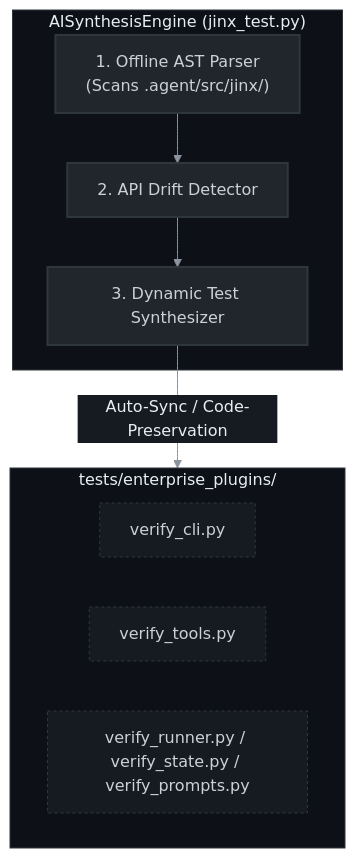
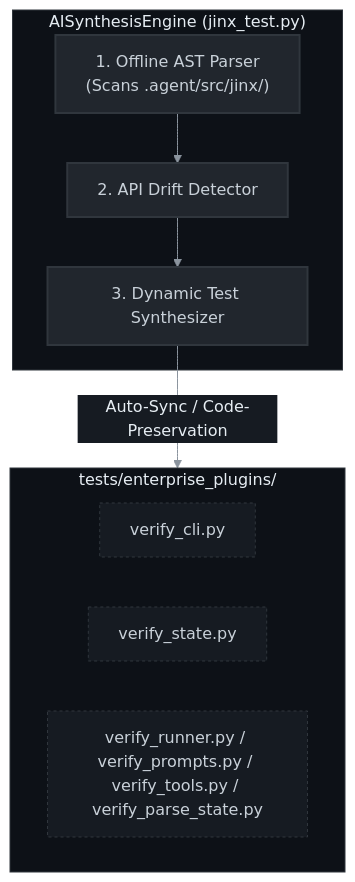
The fifth of 5 diagrams in README.md (apxgpt/agent), drawn with Mermaid before and after one commit. The commit also changed other lines of this file and 24 other files, not shown here.

````diff
--- a/README.md
+++ b/README.md
@@ -483,23 +793,23 @@
 ```mermaid
 %%{init: {'theme': 'base', 'themeVariables': {"darkMode": true, "background": "#0d1117", "primaryColor": "#21262d", "primaryTextColor": "#e6edf3", "primaryBorderColor": "#8b949e", "lineColor": "#8b949e", "textColor": "#e6edf3", "edgeLabelBackground": "#161b22", "mainBkg": "#21262d", "nodeBorder": "#8b949e", "nodeTextColor": "#e6edf3"}}}%%
 flowchart TD
     classDef sub fill:#161b22,stroke:#30363d,stroke-dasharray: 3 3,color:#c9d1d9;
     classDef standard fill:#21262d,stroke:#30363d,stroke-width:2px,color:#c9d1d9;
 
     subgraph Engine["AISynthesisEngine (jinx_test.py)"]
         AST["1. Offline AST Parser<br/>(Scans .agent/src/jinx/)"]:::standard
         DIFF["2. API Drift Detector"]:::standard
         GEN["3. Dynamic Test Synthesizer"]:::standard
         AST --> DIFF --> GEN
     end
     style Engine fill:#0d1117,stroke:#30363d,color:#e6edf3
 
     subgraph Plugins["tests/enterprise_plugins/"]
         V_CLI["verify_cli.py"]:::sub
-        V_TOOLS["verify_tools.py"]:::sub
-        V_OTHER["verify_runner.py / verify_state.py / verify_prompts.py"]:::sub
+        V_STATE["verify_state.py"]:::sub
+        V_OTHER["verify_runner.py / verify_prompts.py / verify_tools.py / verify_parse_state.py"]:::sub
     end
     style Plugins fill:#0d1117,stroke:#30363d,color:#e6edf3
 
     GEN -->|"Auto-Sync / Code-Preservation"| Plugins
 ```
````
